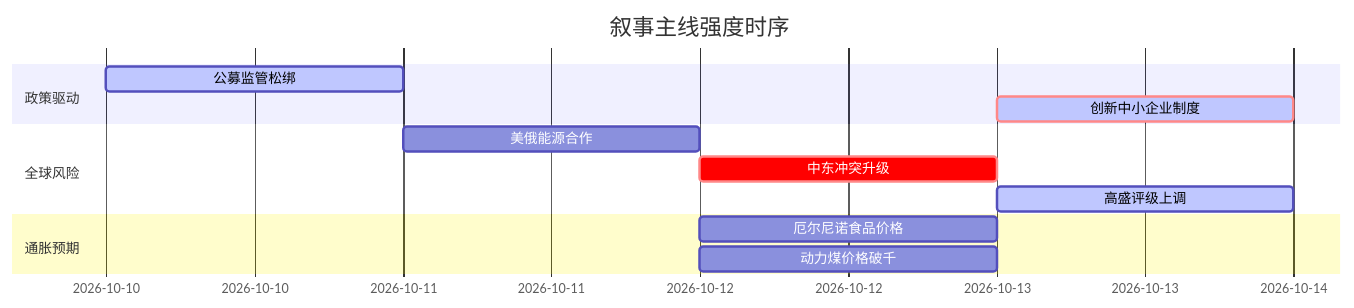
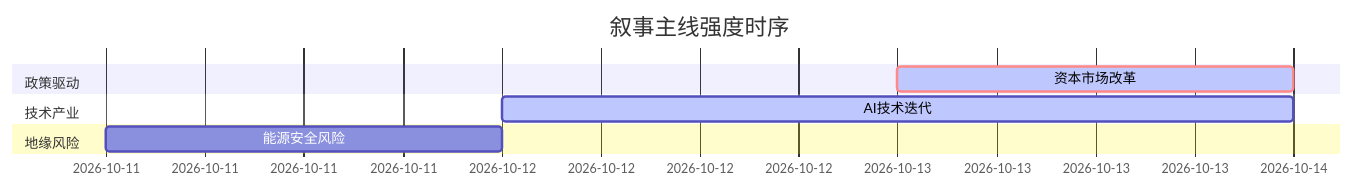
Before and after one commit to uu5zn/uu5zn.github.io: the diagram in 5day_report.md, drawn with Mermaid. The commit also changed other lines of this file and 23 other files, not shown here.

````diff
--- a/5day_report.md
+++ b/5day_report.md
@@ -56,17 +58,11 @@
 ```mermaid
 gantt
     title 叙事主线强度时序
-    dateFormat YYYY-MM-DD
+    dateFormat  YYYY-MM-DD
     section 政策驱动
-    公募监管松绑     :active, 2026-10-10, 1d
-    创新中小企业制度 :crit, active, 2026-10-13, 1d
-    
-    section 全球风险
-    美俄能源合作     :2026-10-11, 1d
-    中东冲突升级     :crit, 2026-10-12, 1d
-    高盛评级上调     :active, 2026-10-13, 1d
-    
-    section 通胀预期
-    厄尔尼诺食品价格 :2026-10-12, 1d
-    动力煤价格破千   :2026-10-12, 1d
+    资本市场改革   :crit, active, 2026-10-13, 1d
+    section 技术产业
+    AI技术迭代     :active, 2026-10-12, 2d
+    section 地缘风险
+    能源安全风险   :2026-10-11, 1d
 ```
````
